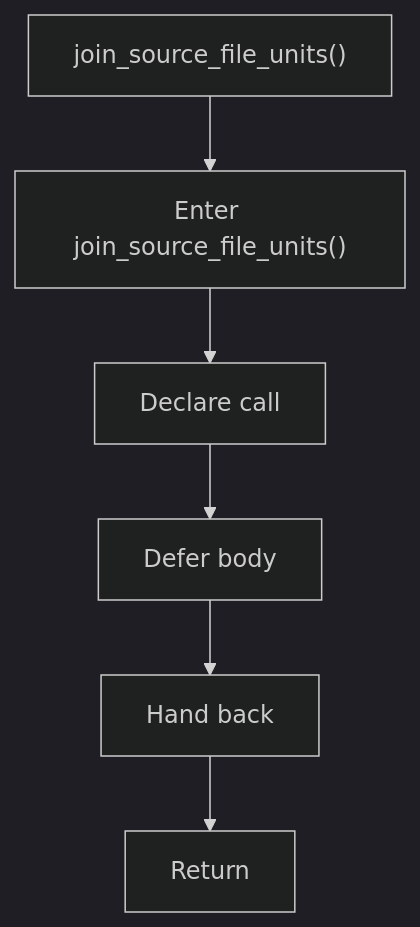
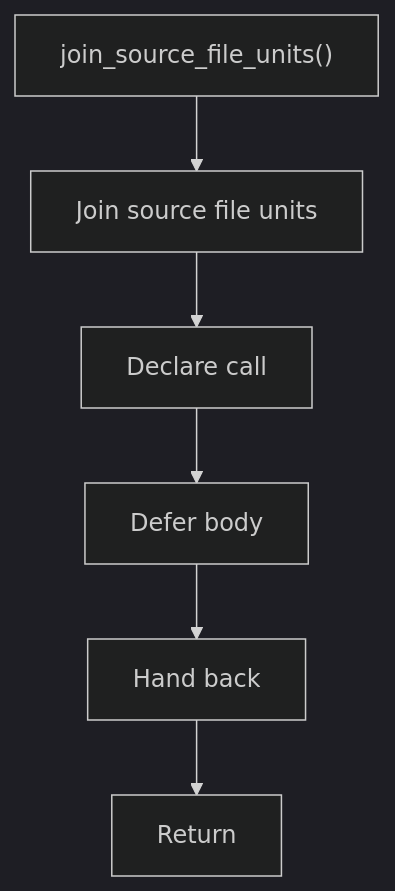
The fifth of 5 diagrams in docs/Codebase/Microservice/Modules/Header/SyntacticBrokenAST/Analysis/Input/source_reader.hpp.md (JohnAndrewBalbarosa/NeoTerritory), drawn with Mermaid (dark theme) before and after one commit. The commit also changed other lines of this file and 925 other files, not shown here.

````diff
--- a/docs/Codebase/Microservice/Modules/Header/SyntacticBrokenAST/Analysis/Input/source_reader.hpp.md
+++ b/docs/Codebase/Microservice/Modules/Header/SyntacticBrokenAST/Analysis/Input/source_reader.hpp.md
@@ -148,14 +147,14 @@
 ```mermaid
 flowchart TD
     Start["join_source_file_units()"]
-    N0["Enter join_source_file_units()"]
+    N0["Join source file units"]
     N1["Declare call"]
     N2["Defer body"]
     N3["Hand back"]
     End["Return"]
     Start --> N0
     N0 --> N1
     N1 --> N2
     N2 --> N3
     N3 --> End
 ```
````
